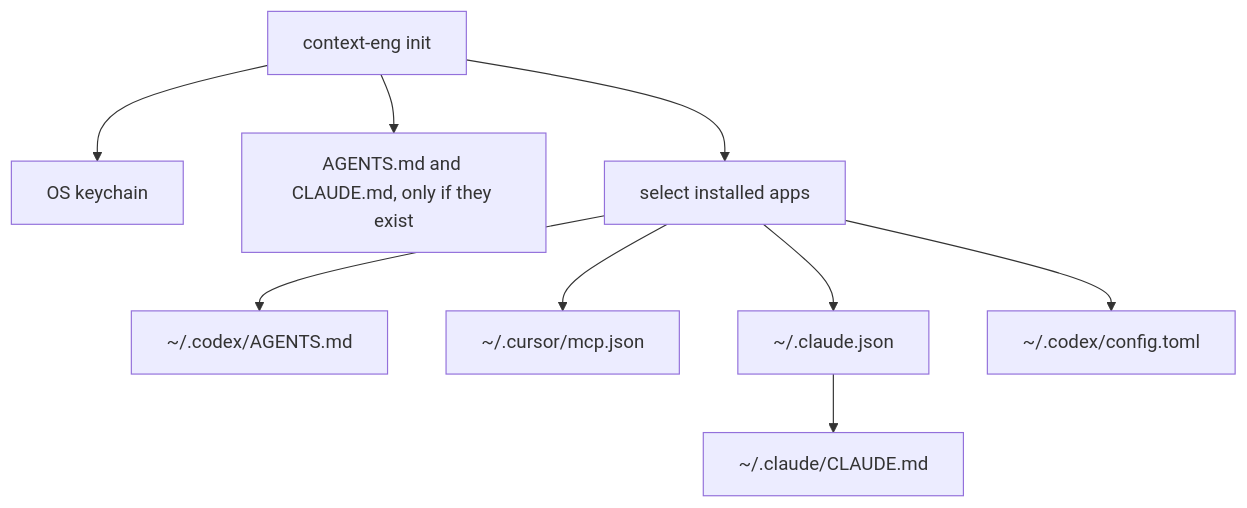
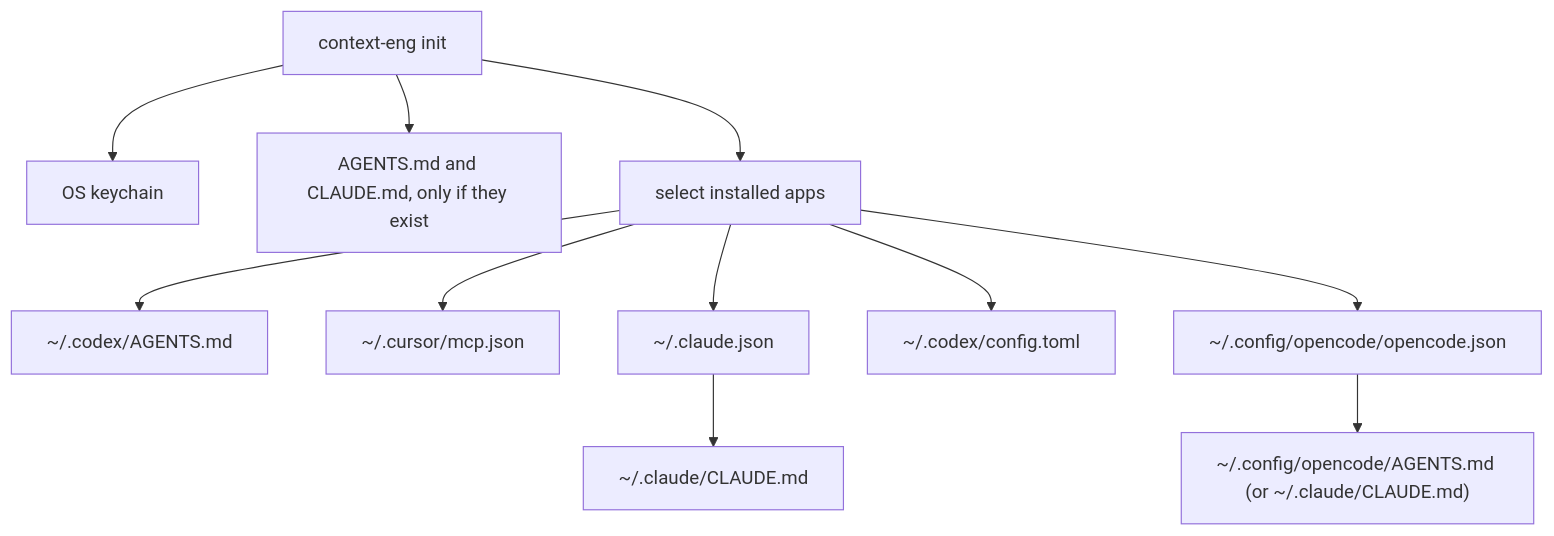
The first of 3 diagrams in README.md (mayank-devac/context-eng), drawn with Mermaid before and after one commit. The commit also changed other lines of this file and 12 other files, not shown here.

````diff
--- a/README.md
+++ b/README.md
@@ -92,11 +92,13 @@
 ```mermaid
 flowchart TD
   init["context-eng init"] --> key["OS keychain"]
   init --> project["AGENTS.md and CLAUDE.md, only if they exist"]
   init --> pick["select installed apps"]
   pick --> codexRules["~/.codex/AGENTS.md"]
   pick --> cursor["~/.cursor/mcp.json"]
   pick --> claude["~/.claude.json"]
   claude --> claudeRules["~/.claude/CLAUDE.md"]
   pick --> codex["~/.codex/config.toml"]
+  pick --> opencode["~/.config/opencode/opencode.json"]
+  opencode --> opencodeRules["~/.config/opencode/AGENTS.md (or ~/.claude/CLAUDE.md)"]
 ```
````
